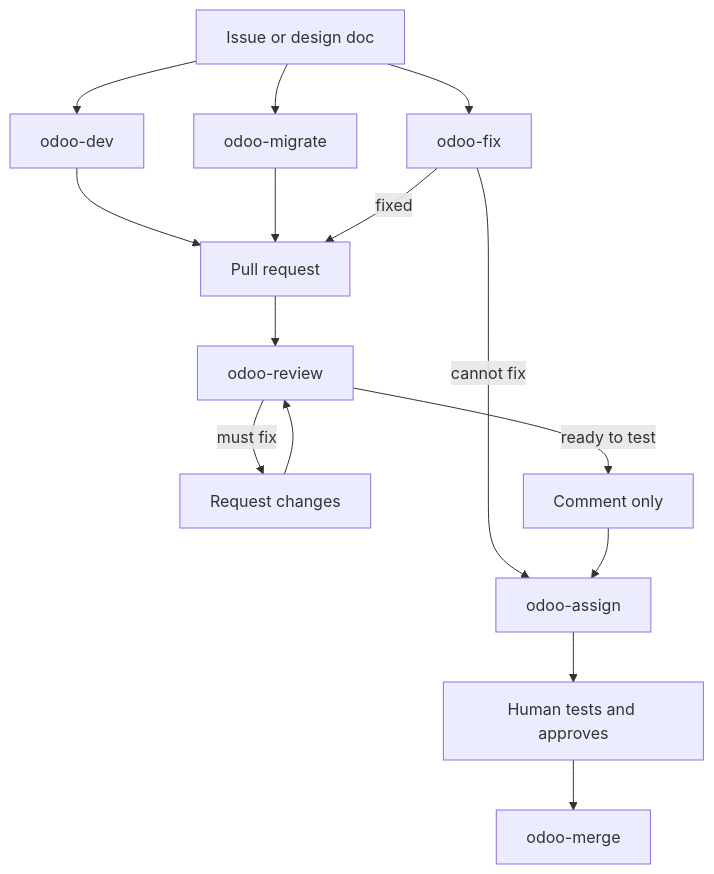
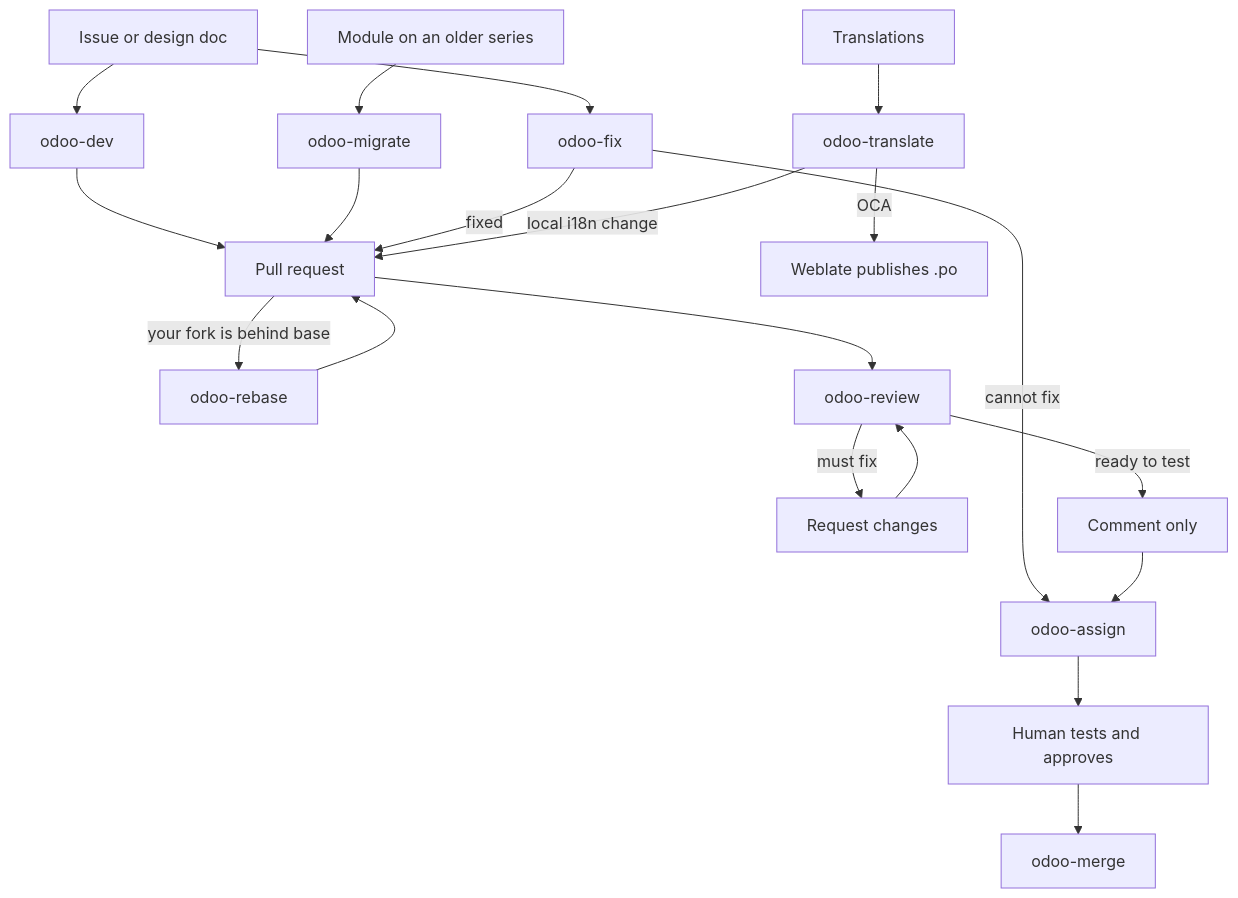
One commit to ursais/ai-skills changed the diagram in README.md. Above: the diagram before and after it, drawn with Mermaid. The commit also changed other lines of this file, not shown here.

Commit message:
Show migrate, rebase, and translate on the process diagram.
Migrate ports an existing module, rebase updates your own pull request, and translate goes through Weblate or a local i18n pull request.

````diff
--- a/README.md
+++ b/README.md
@@ -43,18 +43,25 @@
 ```mermaid
 flowchart TD
   start["Issue or design doc"]
+  older["Module on an older series"]
+  i18n["Translations"]
   start --> dev["odoo-dev"]
   start --> fix["odoo-fix"]
-  start --> port["odoo-migrate"]
+  older --> port["odoo-migrate"]
+  i18n --> translate["odoo-translate"]
   dev --> pr["Pull request"]
   port --> pr
   fix -->|fixed| pr
   fix -->|cannot fix| assign["odoo-assign"]
+  translate -->|local i18n change| pr
+  translate -->|OCA| weblate["Weblate publishes .po"]
+  pr -->|your fork is behind base| rebase["odoo-rebase"]
+  rebase --> pr
   pr --> review["odoo-review"]
   review -->|must fix| changes["Request changes"]
   changes --> review
   review -->|ready to test| comment["Comment only"]
   comment --> assign
   assign --> human["Human tests and approves"]
   human --> merge["odoo-merge"]
 ```
````
